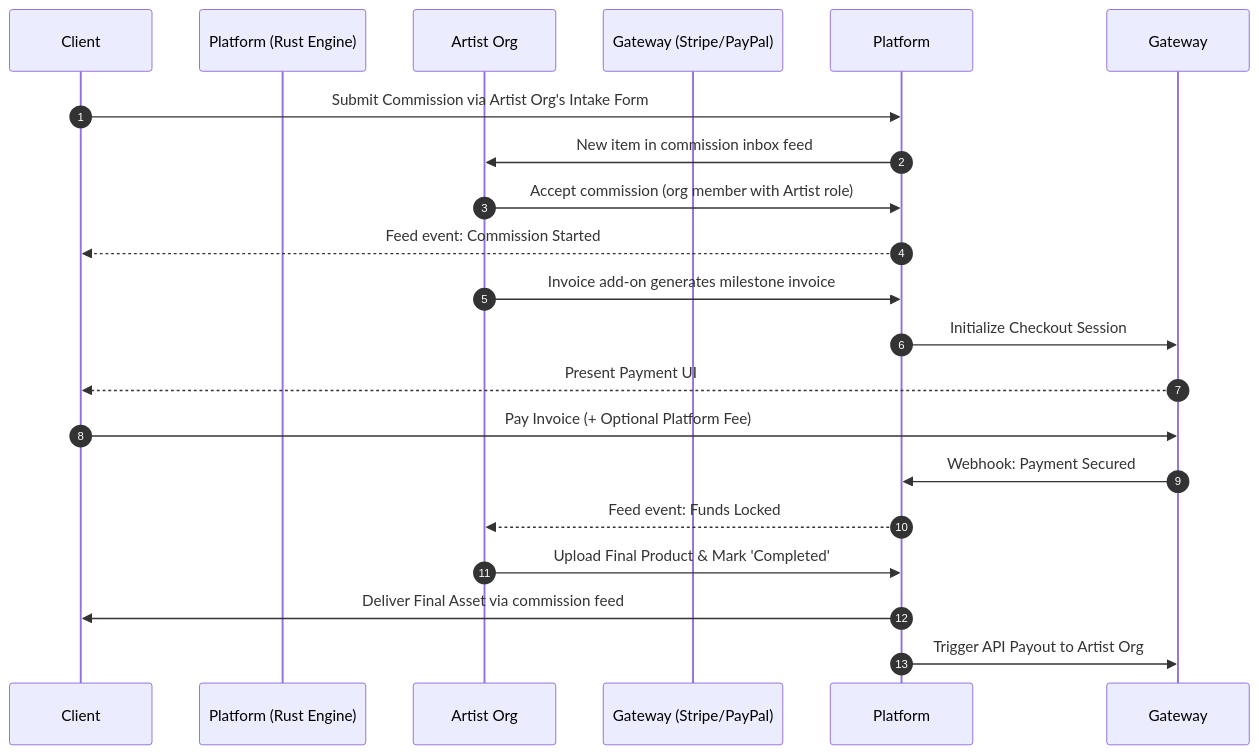
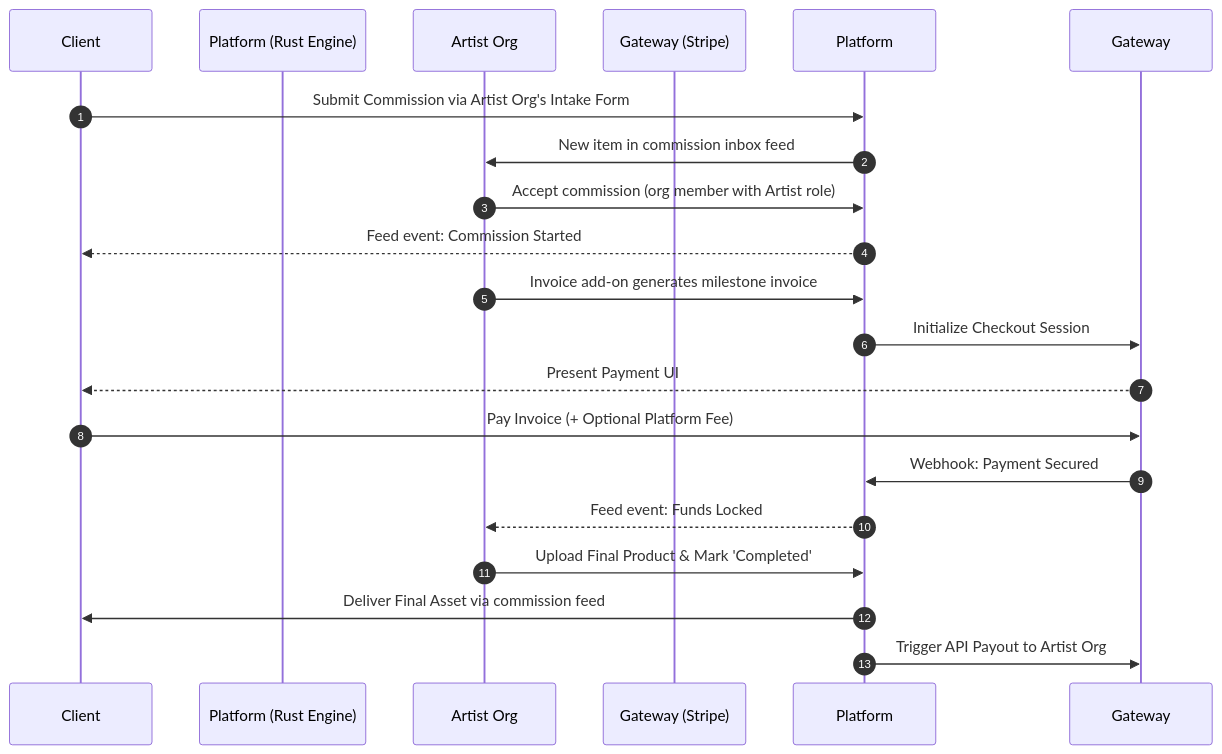
Before and after one commit to ProgrammingCheetah/ZurFur: the seventh of 10 diagrams in design/design_document.md, drawn with Mermaid. The commit also changed other lines of this file and 7 other files, not shown here.

````diff
--- a/design/design_document.md
+++ b/design/design_document.md
@@ -470,26 +470,26 @@
 ```mermaid
 sequenceDiagram
     autonumber
     participant Client
     participant Platform (Rust Engine)
     participant Artist Org
-    participant Gateway (Stripe/PayPal)
+    participant Gateway (Stripe)
 
     Client->>Platform: Submit Commission via Artist Org's Intake Form
     Platform->>Artist Org: New item in commission inbox feed
 
     Artist Org->>Platform: Accept commission (org member with Artist role)
     Platform-->>Client: Feed event: Commission Started
 
     Artist Org->>Platform: Invoice add-on generates milestone invoice
     Platform->>Gateway: Initialize Checkout Session
     Gateway-->>Client: Present Payment UI
 
     Client->>Gateway: Pay Invoice (+ Optional Platform Fee)
     Gateway->>Platform: Webhook: Payment Secured
     Platform-->>Artist Org: Feed event: Funds Locked
 
     Artist Org->>Platform: Upload Final Product & Mark 'Completed'
     Platform->>Client: Deliver Final Asset via commission feed
     Platform->>Gateway: Trigger API Payout to Artist Org
 ```
````
